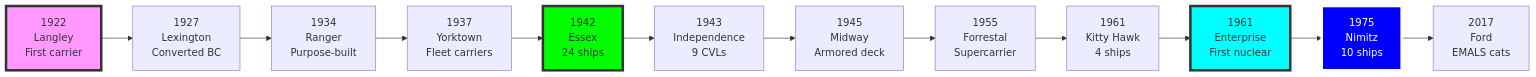
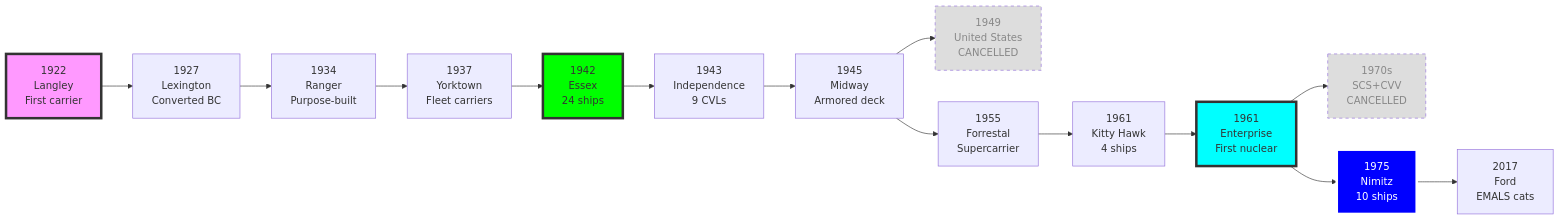
The second of 2 diagrams in USA/Overviews/00_Carrier_Research_Tree.md (AsloWaves/ship-research-trees), drawn with Mermaid before and after one commit. The commit also changed other lines of this file, not shown here.

First line of the commit message:
Add cancelled carriers to research tree and timeline diagrams

````diff
--- a/USA/Overviews/00_Carrier_Research_Tree.md
+++ b/USA/Overviews/00_Carrier_Research_Tree.md
@@ -81,19 +87,23 @@
 ```mermaid
 graph LR
     A[1922<br/>Langley<br/>First carrier] --> B[1927<br/>Lexington<br/>Converted BC]
     B --> C[1934<br/>Ranger<br/>Purpose-built]
     C --> D[1937<br/>Yorktown<br/>Fleet carriers]
     D --> E[1942<br/>Essex<br/>24 ships]
     E --> F[1943<br/>Independence<br/>9 CVLs]
     F --> G[1945<br/>Midway<br/>Armored deck]
+    G --> G1[1949<br/>United States<br/>CANCELLED]
     G --> H[1955<br/>Forrestal<br/>Supercarrier]
     H --> I[1961<br/>Kitty Hawk<br/>4 ships]
     I --> J[1961<br/>Enterprise<br/>First nuclear]
+    J --> J1[1970s<br/>SCS+CVV<br/>CANCELLED]
     J --> K[1975<br/>Nimitz<br/>10 ships]
     K --> L[2017<br/>Ford<br/>EMALS cats]
 
     style A fill:#f9f,stroke:#333,stroke-width:4px
     style E fill:#0f0,stroke:#333,stroke-width:4px
     style J fill:#0ff,stroke:#333,stroke-width:4px
     style K fill:#00f,stroke:#fff,stroke-width:4px,color:#fff
+    style G1 fill:#ddd,color:#888,stroke-dasharray: 5 5
+    style J1 fill:#ddd,color:#888,stroke-dasharray: 5 5
 ```
````
